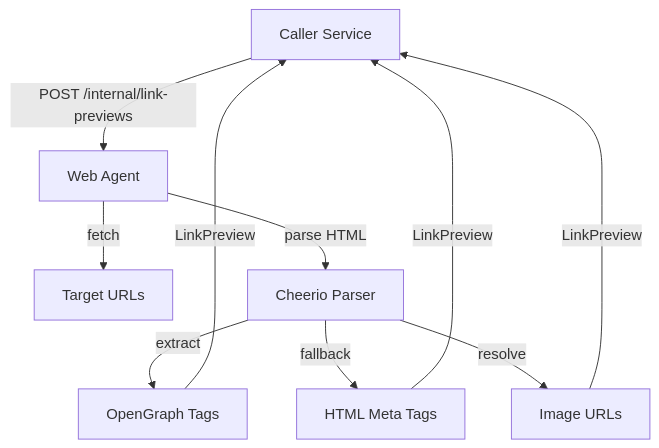
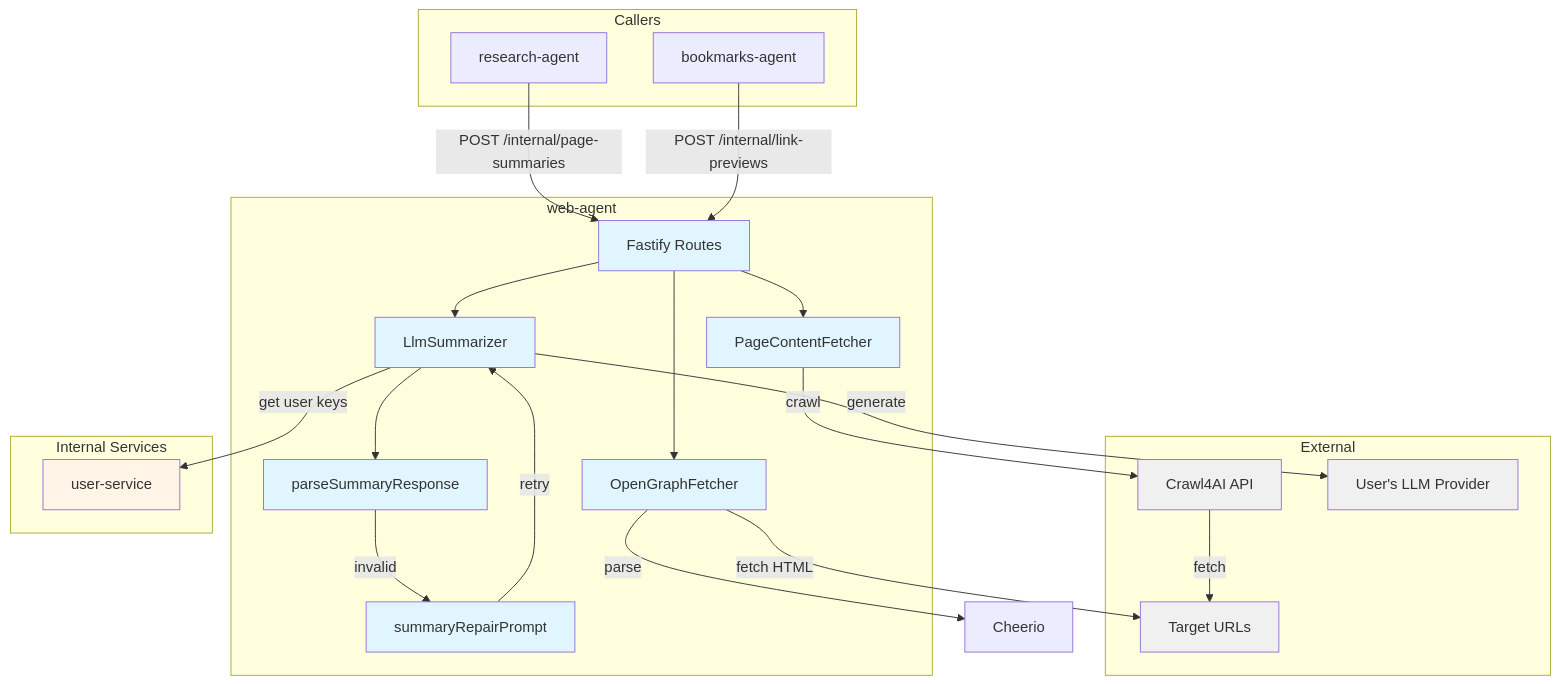
One commit to pbuchman/praxos changed the first of 2 diagrams in docs/services/web-agent/technical.md. Above: the diagram before and after it, drawn with Mermaid. The commit also changed other lines of this file and 55 other files, not shown here.

````diff
--- a/docs/services/web-agent/technical.md
+++ b/docs/services/web-agent/technical.md
@@ -9,16 +11,53 @@
 ```mermaid
 graph TB
-    Client[Caller Service] -->|POST /internal/link-previews| WA[Web Agent]
+    subgraph "Callers"
+        RA[research-agent]
+        BA[bookmarks-agent]
+    end
 
-    WA -->|fetch| Internet[Target URLs]
+    subgraph "web-agent"
+        Routes[Fastify Routes]
+        PCF[PageContentFetcher]
+        LLM[LlmSummarizer]
+        OGF[OpenGraphFetcher]
+        Parser[parseSummaryResponse]
+        Repair[summaryRepairPrompt]
+    end
 
-    WA -->|parse HTML| Cheerio[Cheerio Parser]
+    subgraph "External"
+        C4AI[Crawl4AI API]
+        UserLLM[User's LLM Provider]
+        Target[Target URLs]
+    end
 
-    Cheerio -->|extract| OG[OpenGraph Tags]
-    Cheerio -->|fallback| HTML[HTML Meta Tags]
-    Cheerio -->|resolve| Images[Image URLs]
+    subgraph "Internal Services"
+        US[user-service]
+    end
 
-    OG -->|LinkPreview| Client
-    HTML -->|LinkPreview| Client
-    Images -->|LinkPreview| Client
+    RA -->|POST /internal/page-summaries| Routes
+    BA -->|POST /internal/link-previews| Routes
+
+    Routes --> PCF
+    Routes --> OGF
+
+    PCF -->|crawl| C4AI
+    C4AI -->|fetch| Target
+
+    Routes --> LLM
+    LLM -->|get user keys| US
+    LLM -->|generate| UserLLM
+    LLM --> Parser
+    Parser -->|invalid| Repair
+    Repair -->|retry| LLM
+
+    OGF -->|fetch HTML| Target
+    OGF -->|parse| Cheerio[Cheerio]
+
+    classDef service fill:#e1f5ff
+    classDef external fill:#f0f0f0
+    classDef internal fill:#fff4e6
+
+    class Routes,PCF,LLM,OGF,Parser,Repair service
+    class C4AI,UserLLM,Target external
+    class US internal
 ```
````
